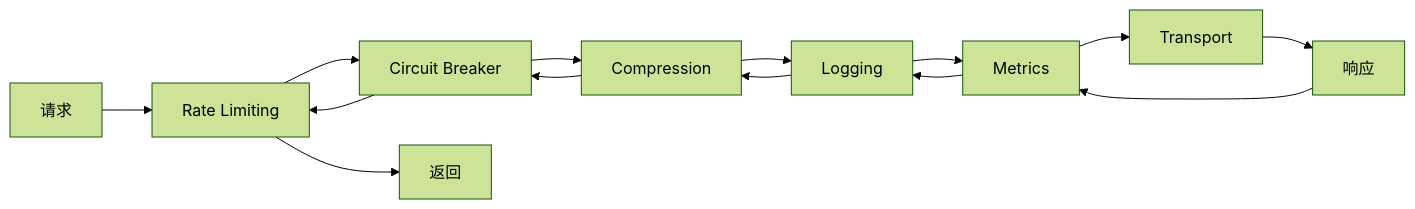
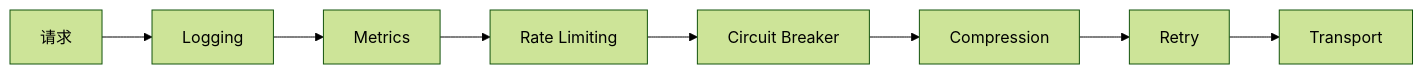
Before and after one commit to jzhang405/NexKV: the first of 3 diagrams in docs/06_PM/feature/2026-02-21_PR-test-coverage-benchmark-middleware_Pre.md, drawn with Mermaid (forest theme). The commit also changed other lines of this file and 31 other files, not shown here.

````diff
--- a/docs/06_PM/feature/2026-02-21_PR-test-coverage-benchmark-middleware_Pre.md
+++ b/docs/06_PM/feature/2026-02-21_PR-test-coverage-benchmark-middleware_Pre.md
@@ -119,17 +204,10 @@
 ```mermaid
 graph LR
-    A[请求] --> B[Rate Limiting]
-    B --> C[Circuit Breaker]
-    C --> D[Compression]
-    D --> E[Logging]
-    E --> F[Metrics]
-    F --> G[Transport]
-
-    G --> H[响应]
-    H --> F
-    F --> E
-    E --> D
-    D --> C
-    C --> B
-    B --> I[返回]
+    A[请求] --> B[Logging]
+    B --> C[Metrics]
+    C --> D[Rate Limiting]
+    D --> E[Circuit Breaker]
+    E --> F[Compression]
+    F --> G[Retry]
+    G --> H[Transport]
 ```
````
